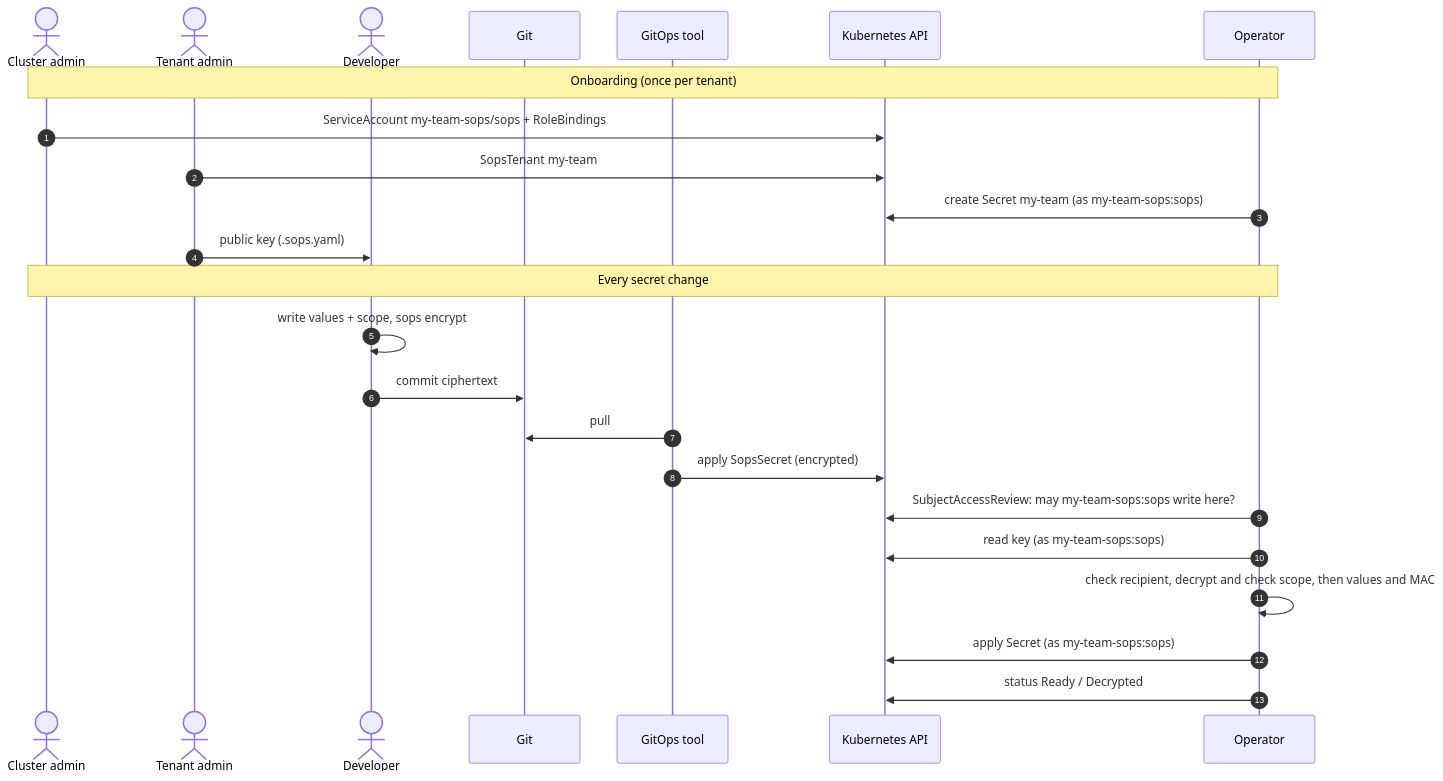
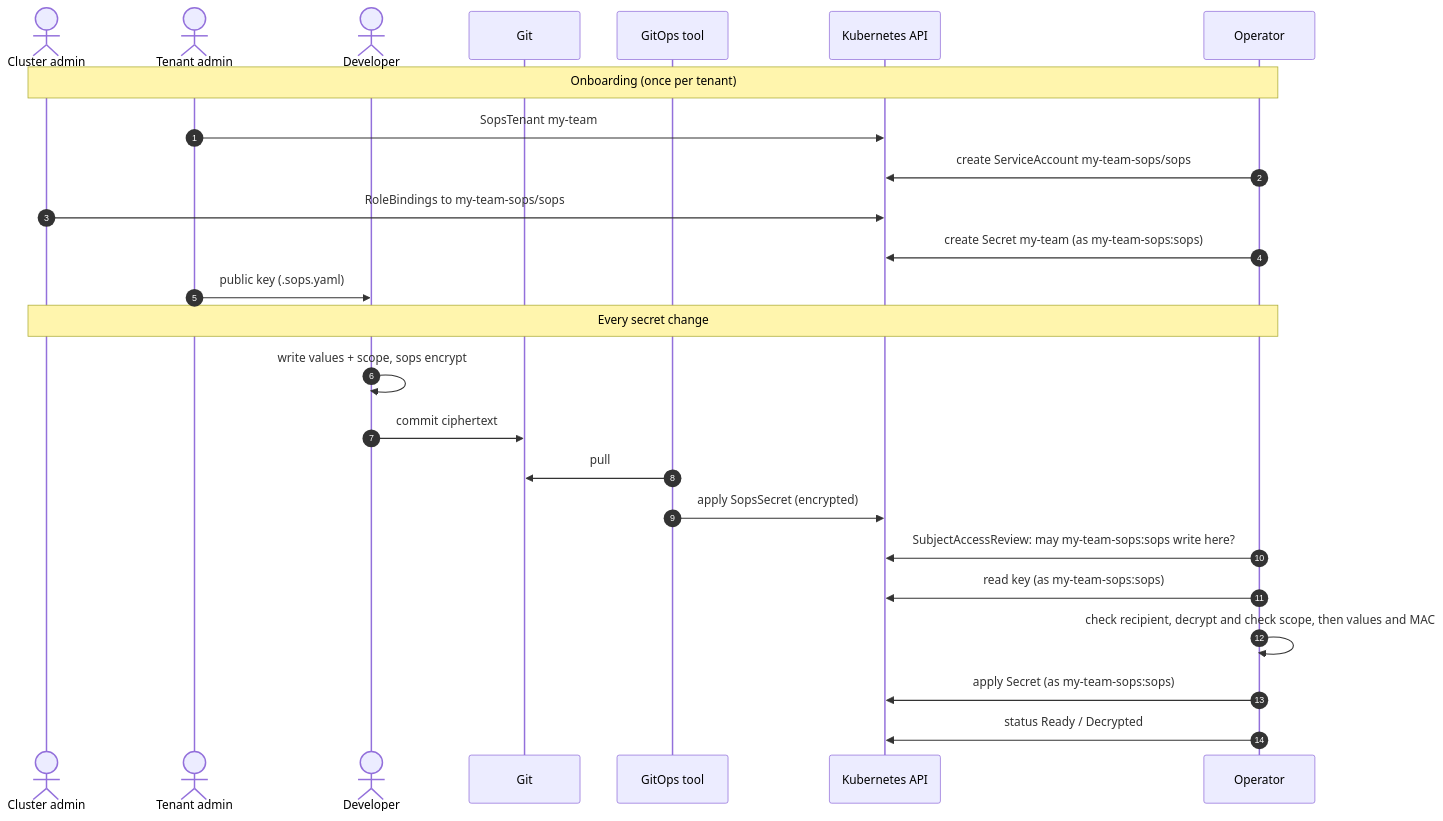
One commit to stakater/sops-operator changed the second of 3 diagrams in DESIGN.md. Above: the diagram before and after it, drawn with Mermaid. The commit also changed other lines of this file and 10 other files, not shown here.

First line of the commit message:
feat: operator creates the tenant ServiceAccount; onboarding is RoleBindings only

````diff
--- a/DESIGN.md
+++ b/DESIGN.md
@@ -183,28 +184,29 @@
 ```mermaid
 sequenceDiagram
     autonumber
     actor CA as Cluster admin
     actor TA as Tenant admin
     actor DEV as Developer
     participant GIT as Git
     participant GO as GitOps tool
     participant API as Kubernetes API
     participant OP as Operator
 
     Note over CA,OP: Onboarding (once per tenant)
-    CA->>API: ServiceAccount my-team-sops/sops + RoleBindings
     TA->>API: SopsTenant my-team
+    OP->>API: create ServiceAccount my-team-sops/sops
+    CA->>API: RoleBindings to my-team-sops/sops
     OP->>API: create Secret my-team (as my-team-sops:sops)
     TA->>DEV: public key (.sops.yaml)
 
     Note over CA,OP: Every secret change
     DEV->>DEV: write values + scope, sops encrypt
     DEV->>GIT: commit ciphertext
     GO->>GIT: pull
     GO->>API: apply SopsSecret (encrypted)
     OP->>API: SubjectAccessReview: may my-team-sops:sops write here?
     OP->>API: read key (as my-team-sops:sops)
     OP->>OP: check recipient, decrypt and check scope, then values and MAC
     OP->>API: apply Secret (as my-team-sops:sops)
     OP->>API: status Ready / Decrypted
 ```
````
